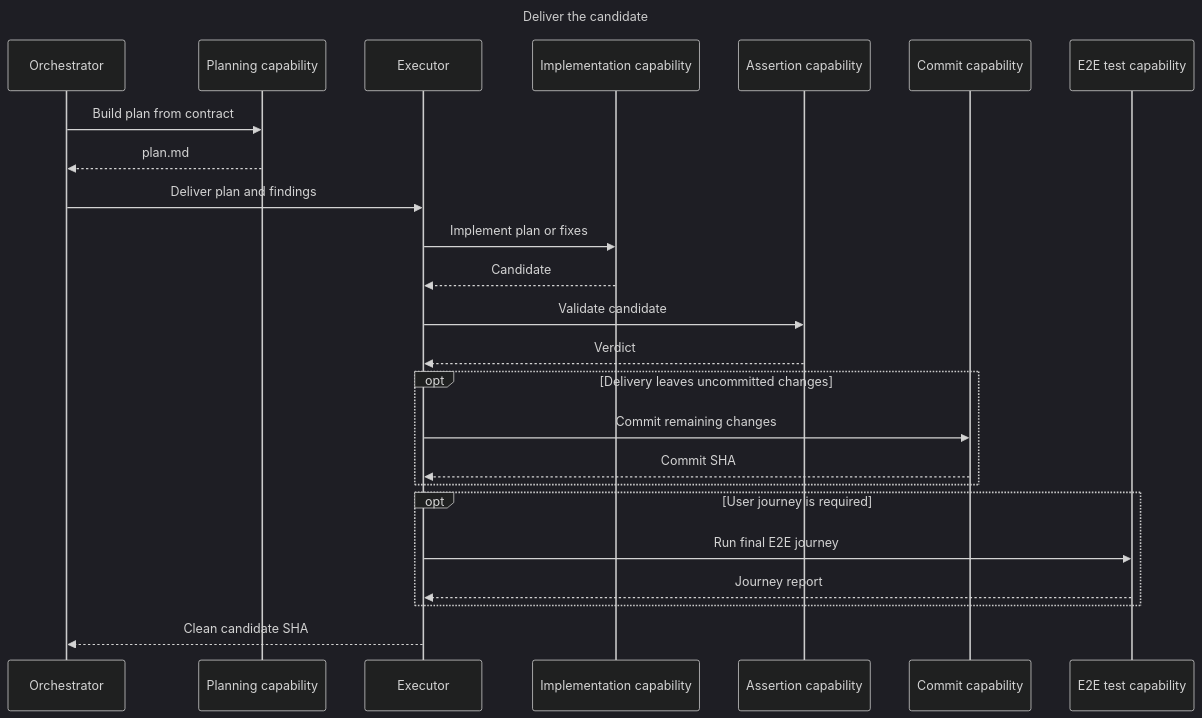
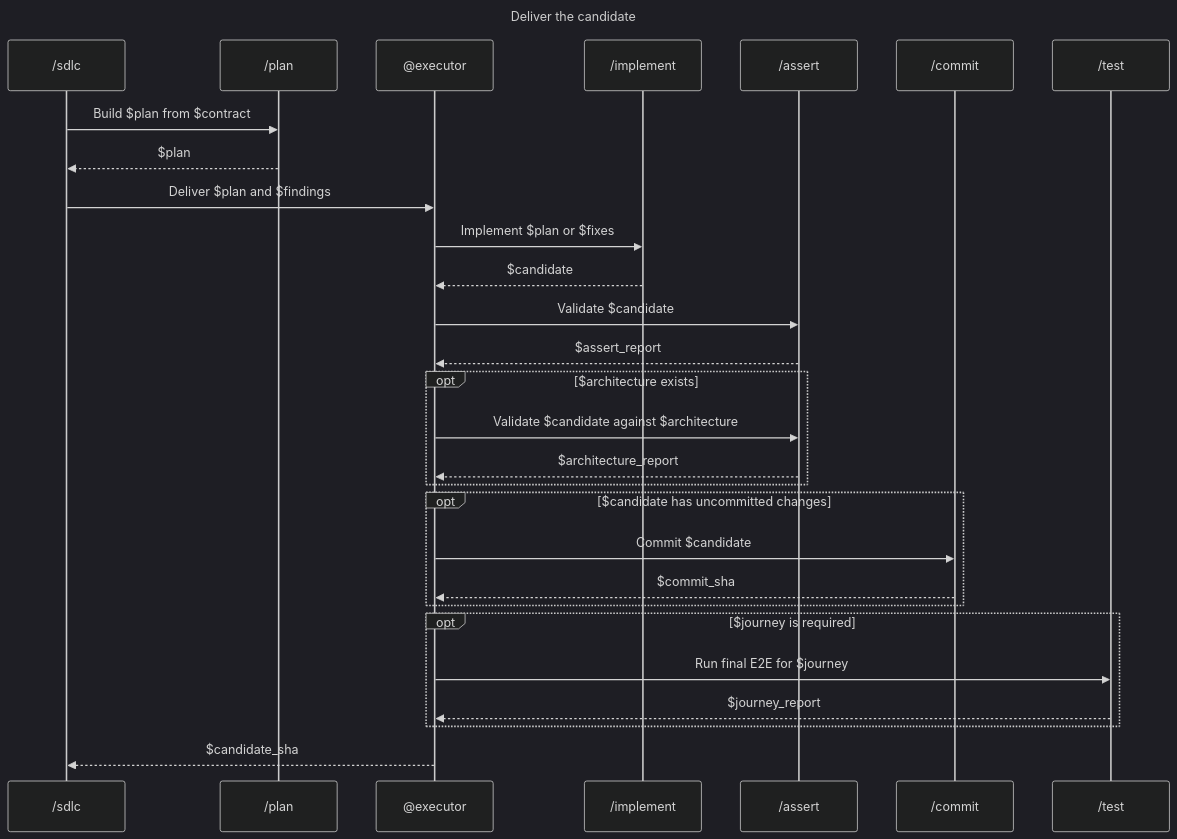
Before and after one commit to ai-driven-dev/aidd-framework: the diagram in plugins/aidd-orchestrator/skills/01-sdlc/references/02-deliver.md, drawn with Mermaid (dark theme). The commit also changed other lines of this file and 4 other files, not shown here.

Commit message:
fix(orchestrator): align SDLC protocol notation

````diff
--- a/plugins/aidd-orchestrator/skills/01-sdlc/references/02-deliver.md
+++ b/plugins/aidd-orchestrator/skills/01-sdlc/references/02-deliver.md
@@ -5,30 +5,34 @@
 ```mermaid
 ---
 title: Deliver the candidate
 ---
 sequenceDiagram
-  participant Orchestrator
-  participant Plan as Planning capability
-  participant Executor
-  participant Implement as Implementation capability
-  participant Assert as Assertion capability
-  participant Commit as Commit capability
-  participant Test as E2E test capability
+  participant Sdlc as /sdlc
+  participant Plan as /plan
+  participant Executor as @executor
+  participant Implement as /implement
+  participant Assert as /assert
+  participant Commit as /commit
+  participant Test as /test
 
-  Orchestrator->>Plan: Build plan from contract
-  Plan-->>Orchestrator: plan.md
-  Orchestrator->>Executor: Deliver plan and findings
-  Executor->>Implement: Implement plan or fixes
-  Implement-->>Executor: Candidate
-  Executor->>Assert: Validate candidate
-  Assert-->>Executor: Verdict
-  opt Delivery leaves uncommitted changes
-    Executor->>Commit: Commit remaining changes
-    Commit-->>Executor: Commit SHA
+  Sdlc->>Plan: Build $plan from $contract
+  Plan-->>Sdlc: $plan
+  Sdlc->>Executor: Deliver $plan and $findings
+  Executor->>Implement: Implement $plan or $fixes
+  Implement-->>Executor: $candidate
+  Executor->>Assert: Validate $candidate
+  Assert-->>Executor: $assert_report
+  opt $architecture exists
+    Executor->>Assert: Validate $candidate against $architecture
+    Assert-->>Executor: $architecture_report
   end
-  opt User journey is required
-    Executor->>Test: Run final E2E journey
-    Test-->>Executor: Journey report
+  opt $candidate has uncommitted changes
+    Executor->>Commit: Commit $candidate
+    Commit-->>Executor: $commit_sha
   end
-  Executor-->>Orchestrator: Clean candidate SHA
+  opt $journey is required
+    Executor->>Test: Run final E2E for $journey
+    Test-->>Executor: $journey_report
+  end
+  Executor-->>Sdlc: $candidate_sha
 ```
````
